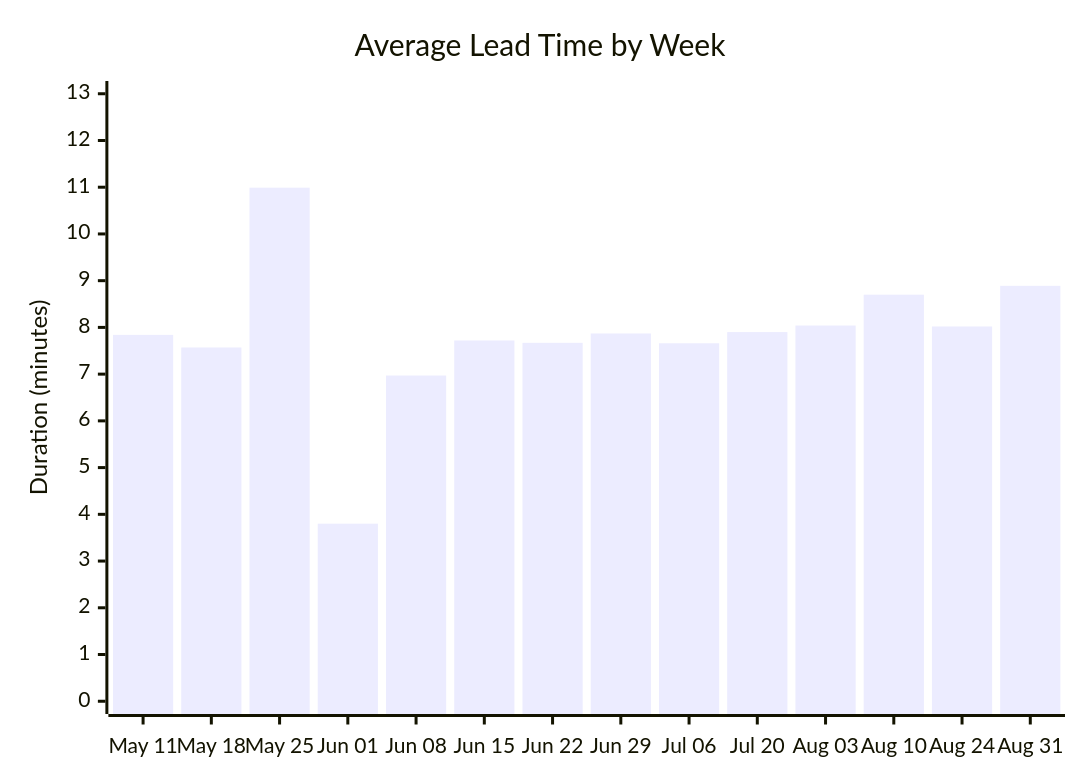
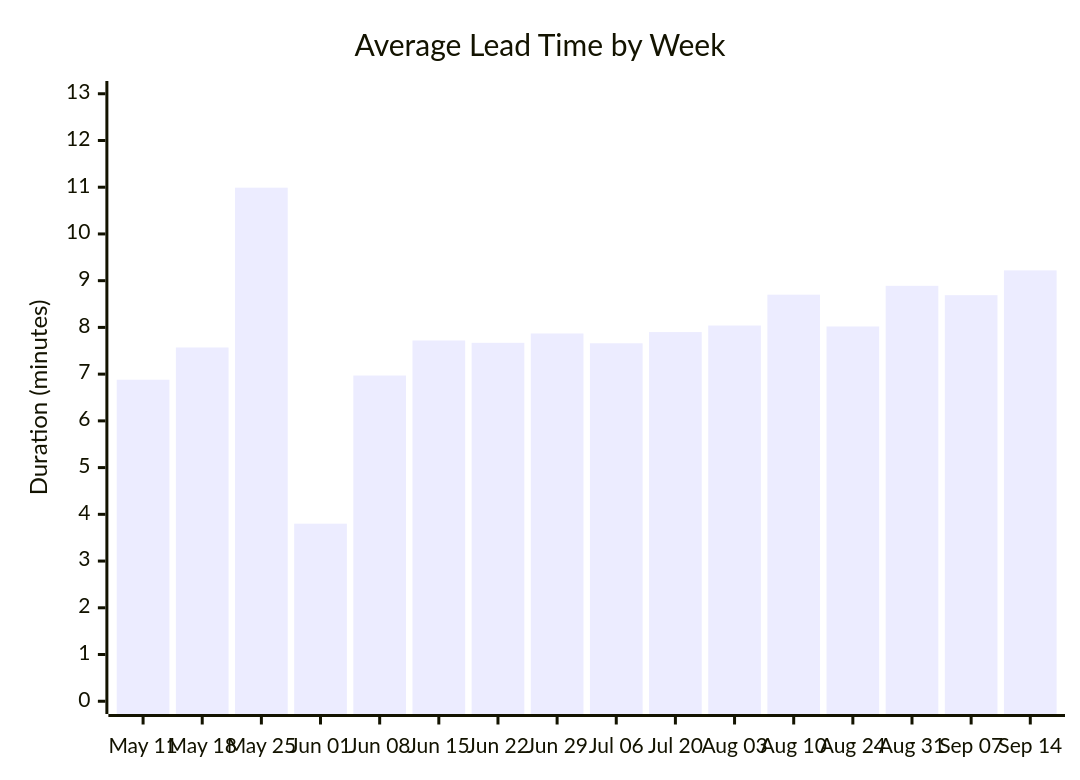
Before and after one commit to ukma-cs-ssdm-2025/rate-ukma: the second of 4 diagrams in docs/ci-cd/dora-summary.md, drawn with Mermaid. The commit also changed other lines of this file, not shown here.

````diff
--- a/docs/ci-cd/dora-summary.md
+++ b/docs/ci-cd/dora-summary.md
@@ -29,7 +29,7 @@
 ```mermaid
 xychart-beta
     title "Average Lead Time by Week"
-    x-axis ["May 11", "May 18", "May 25", "Jun 01", "Jun 08", "Jun 15", "Jun 22", "Jun 29", "Jul 06", "Jul 20", "Aug 03", "Aug 10", "Aug 24", "Aug 31"]
+    x-axis ["May 11", "May 18", "May 25", "Jun 01", "Jun 08", "Jun 15", "Jun 22", "Jun 29", "Jul 06", "Jul 20", "Aug 03", "Aug 10", "Aug 24", "Aug 31", "Sep 07", "Sep 14"]
     y-axis "Duration (minutes)" 0 --> 13
-    bar [7.84, 7.57, 10.99, 3.80, 6.97, 7.72, 7.67, 7.87, 7.66, 7.90, 8.04, 8.70, 8.02, 8.89]
+    bar [6.88, 7.57, 10.99, 3.80, 6.97, 7.72, 7.67, 7.87, 7.66, 7.90, 8.04, 8.70, 8.02, 8.89, 8.69, 9.22]
 ```
````
